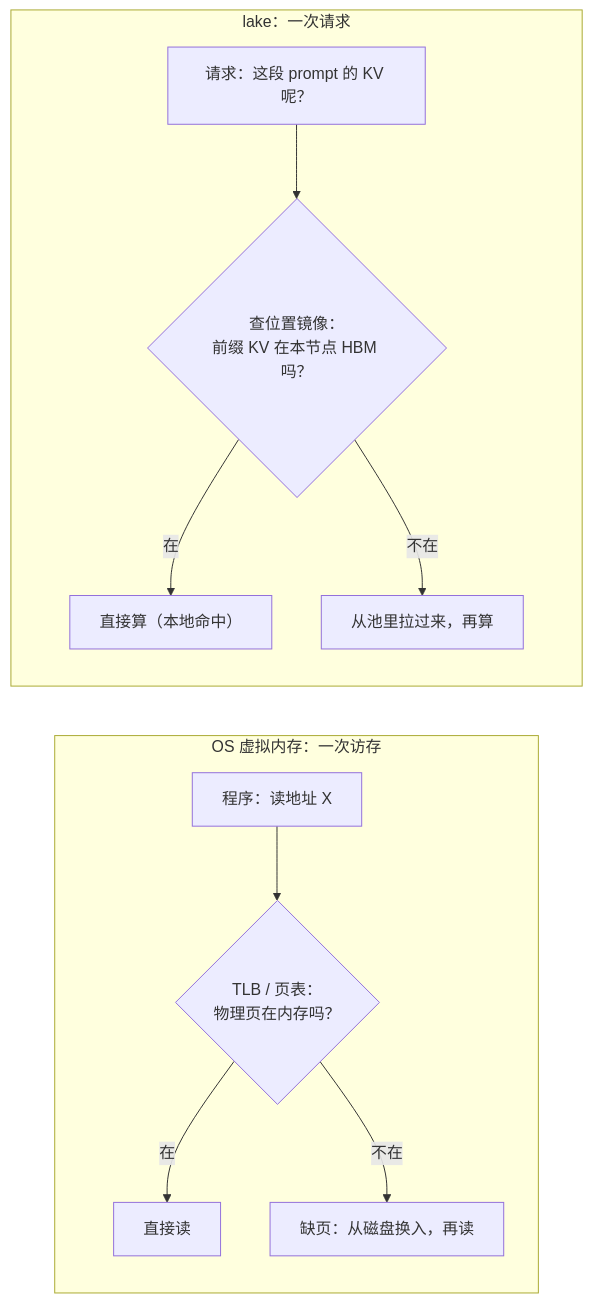
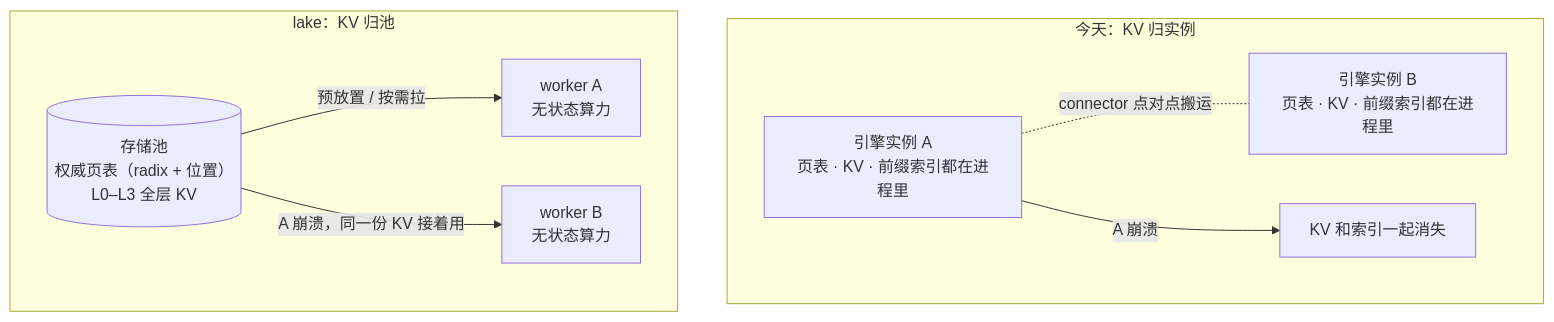
The diagram in docs/architecture/kv-virtual-memory.md (chengda-wu/lake), drawn with Mermaid before and after one commit. The commit also changed other lines of this file, not shown here.

````diff
--- a/docs/architecture/kv-virtual-memory.md
+++ b/docs/architecture/kv-virtual-memory.md
@@ -123,15 +127,16 @@
 ```mermaid
-flowchart LR
-    subgraph os["OS 虚拟内存：一次访存"]
-        direction TB
-        a1["程序：读地址 X"] --> a2{"TLB / 页表：\n物理页在内存吗？"}
-        a2 -->|"在"| a3["直接读"]
-        a2 -->|"不在"| a4["缺页：从磁盘换入，再读"]
+flowchart TB
+    subgraph today["今天：KV 归实例"]
+        eA["引擎实例 A\n页表 · KV · 前缀索引都在进程里"]
+        eB["引擎实例 B\n页表 · KV · 前缀索引都在进程里"]
+        eA -. "connector 点对点搬运" .- eB
+        eA -->|"A 崩溃"| gone["KV 和索引一起消失"]
     end
-    subgraph lk["lake：一次请求"]
-        direction TB
-        b1["请求：这段 prompt 的 KV 呢？"] --> b2{"查位置镜像：\n前缀 KV 在本节点 HBM 吗？"}
-        b2 -->|"在"| b3["直接算（本地命中）"]
-        b2 -->|"不在"| b4["从池里拉过来，再算"]
+    subgraph lakeSys["lake：KV 归池"]
+        pool[("存储池\n权威页表（radix + 位置）\nL0–L3 全层 KV")]
+        wA["worker A\n无状态算力"]
+        wB["worker B\n无状态算力"]
+        pool -->|"预放置 / 按需拉"| wA
+        pool -->|"A 崩溃，同一份 KV 接着用"| wB
     end
 ```
````
